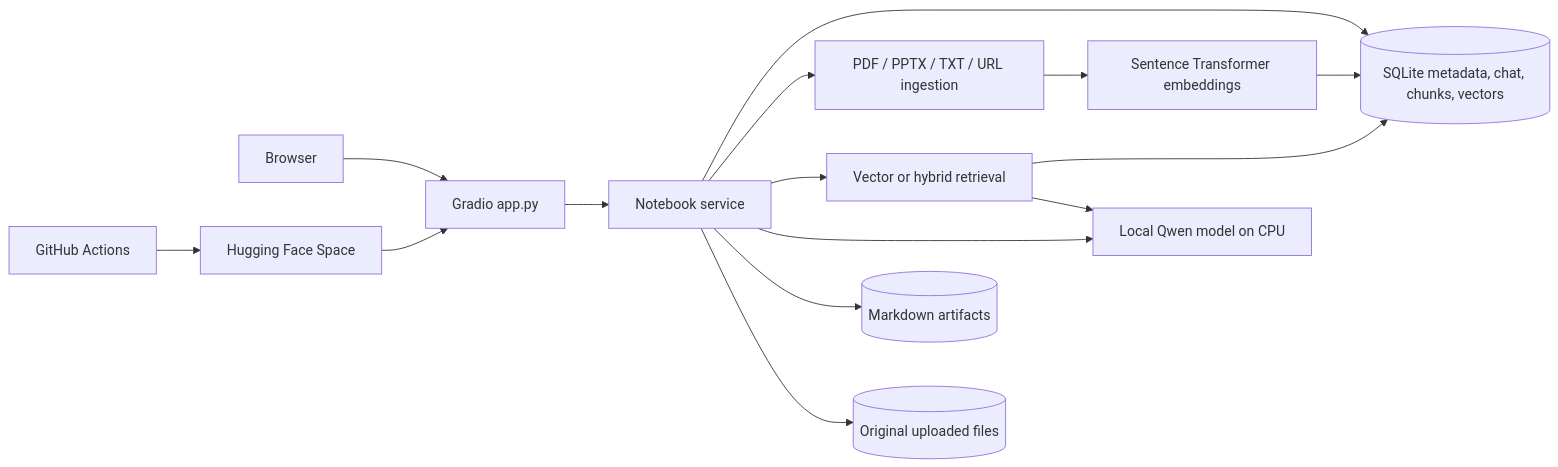
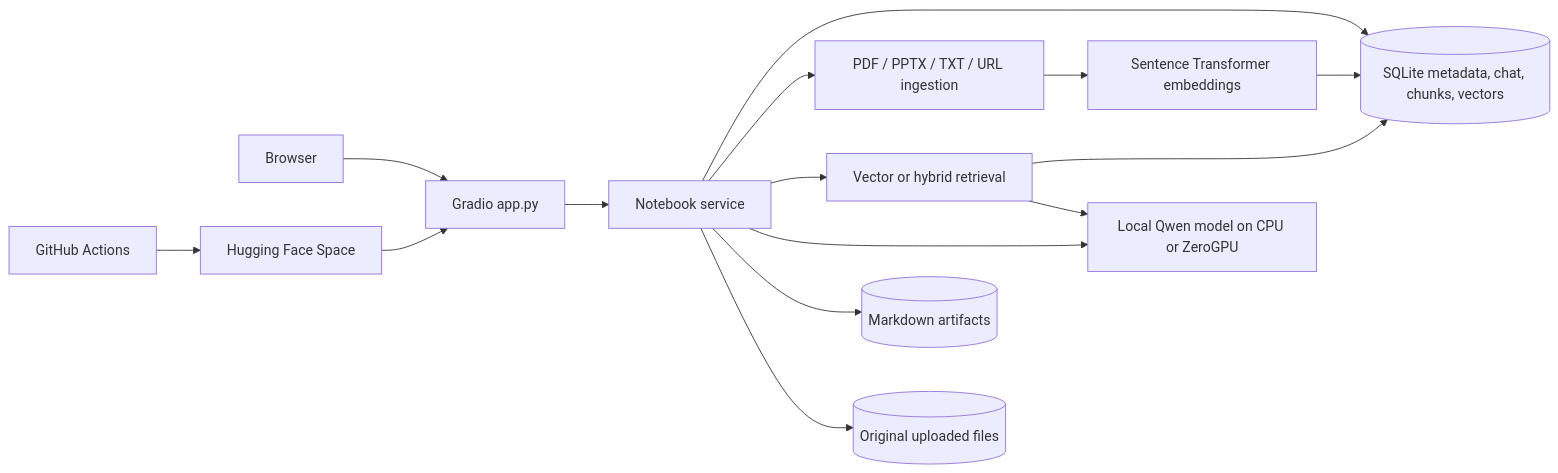
Before and after one commit to PrachiPatel556/ITCS_5010_NotebookLM: the diagram in ARCHITECTURE.md, drawn with Mermaid. The commit also changed other lines of this file and 5 other files, not shown here.

Commit message:
Support eligible free ZeroGPU Spaces

````diff
--- a/ARCHITECTURE.md
+++ b/ARCHITECTURE.md
@@ -3,17 +3,17 @@
 ```mermaid
 flowchart LR
     User[Browser] --> UI[Gradio app.py]
     UI --> Service[Notebook service]
     Service --> Store[(SQLite metadata, chat, chunks, vectors)]
     Service --> Ingest[PDF / PPTX / TXT / URL ingestion]
     Ingest --> Embed[Sentence Transformer embeddings]
     Embed --> Store
     Service --> Retrieve[Vector or hybrid retrieval]
     Retrieve --> Store
-    Retrieve --> LLM[Local Qwen model on CPU]
+    Retrieve --> LLM[Local Qwen model on CPU or ZeroGPU]
     Service --> LLM
     Service --> Files[(Markdown artifacts)]
     Service --> Originals[(Original uploaded files)]
     Actions[GitHub Actions] --> Space[Hugging Face Space]
     Space --> UI
 ```
````
